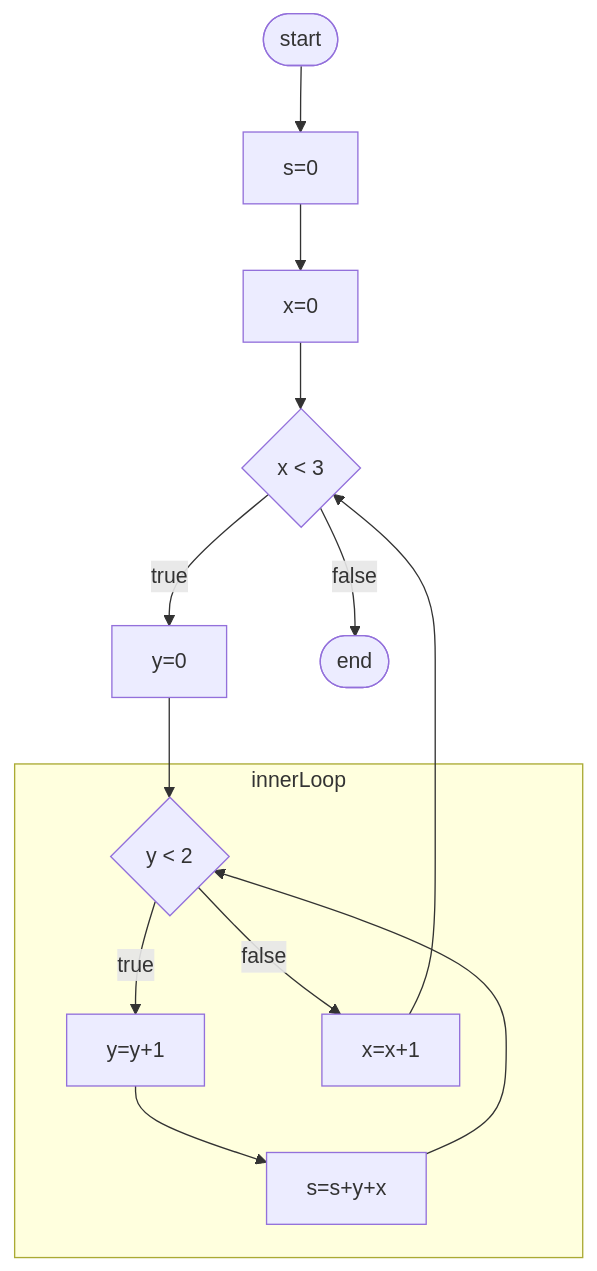
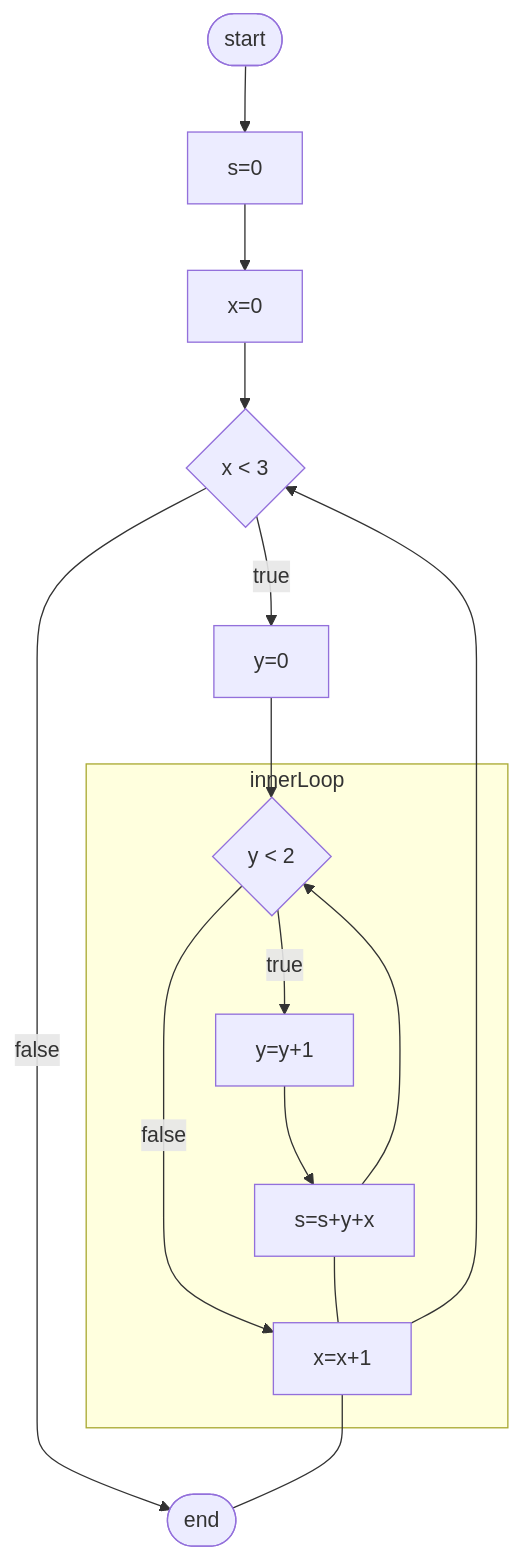
One commit to proftak/modules changed the diagram in 0040/index.md. Above: the diagram before and after it, drawn with Mermaid.

````diff
--- a/0040/index.md
+++ b/0040/index.md
@@ -67,26 +67,28 @@
 ```mermaid
 flowchart TD
 start@{shape: stadium, label: "start"}
 sEq0@{shape: rect, label: "s=0"}
 xEq0@{shape: rect, label: "x=0"}
 whileXLt3@{shape: diamond, label: "x < 3"}
 yEq0@{shape: rect, label: "y=0"}
 whileYLT2@{shape: diamond, label: "y < 2"}
 incY@{shape: rect, label: "y=y+1"}
 accS@{shape: rect, label: "s=s+y+x"}
 incX@{shape: rect, label: "x=x+1"}
 finish@{shape: stadium, label: "end"}
 start --> sEq0
 sEq0 --> xEq0
 xEq0 --> whileXLt3
 whileXLt3 -->|false| finish
 whileXLt3 -->|true| yEq0
 yEq0 --> whileYLT2
 subgraph innerLoop
 whileYLT2 -->|true| incY
 whileYLT2 -->|false| incX
 incY --> accS
 accS --> whileYLT2
+accS --- incX
 end
 incX --> whileXLt3
+incX --- finish
 ```
````
